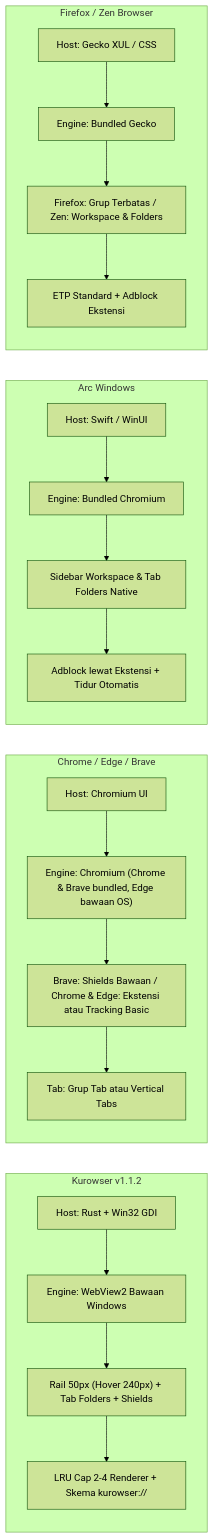
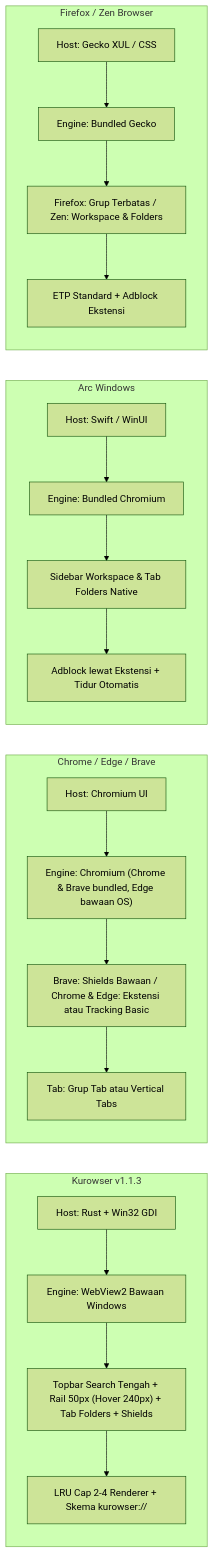
One commit to devkecelup/kurowser changed the second of 3 diagrams in README.md. Above: the diagram before and after it, drawn with Mermaid (forest theme). The commit also changed other lines of this file and 9 other files, not shown here.

````diff
--- a/README.md
+++ b/README.md
@@ -130,26 +130,26 @@
 ```mermaid
 flowchart LR
-    subgraph KU["Kurowser v1.1.2"]
+    subgraph KU["Kurowser v1.1.3"]
         K1["Host: Rust + Win32 GDI"] --> K2["Engine: WebView2 Bawaan Windows"]
-        K2 --> K3["Rail 50px (Hover 240px) + Tab Folders + Shields"]
+        K2 --> K3["Topbar Search Tengah + Rail 50px (Hover 240px) + Tab Folders + Shields"]
         K3 --> K4["LRU Cap 2-4 Renderer + Skema kurowser://"]
     end
 
     subgraph CH["Chrome / Edge / Brave"]
         C1["Host: Chromium UI"] --> C2["Engine: Chromium (Chrome & Brave bundled, Edge bawaan OS)"]
         C2 --> C3["Brave: Shields Bawaan / Chrome & Edge: Ekstensi atau Tracking Basic"]
         C3 --> C4["Tab: Grup Tab atau Vertical Tabs"]
     end
 
     subgraph AR["Arc Windows"]
         A1["Host: Swift / WinUI"] --> A2["Engine: Bundled Chromium"]
         A2 --> A3["Sidebar Workspace & Tab Folders Native"]
         A3 --> A4["Adblock lewat Ekstensi + Tidur Otomatis"]
     end
 
     subgraph GK["Firefox / Zen Browser"]
         G1["Host: Gecko XUL / CSS"] --> G2["Engine: Bundled Gecko"]
         G2 --> G3["Firefox: Grup Terbatas / Zen: Workspace & Folders"]
         G3 --> G4["ETP Standard + Adblock Ekstensi"]
     end
 ```
````
